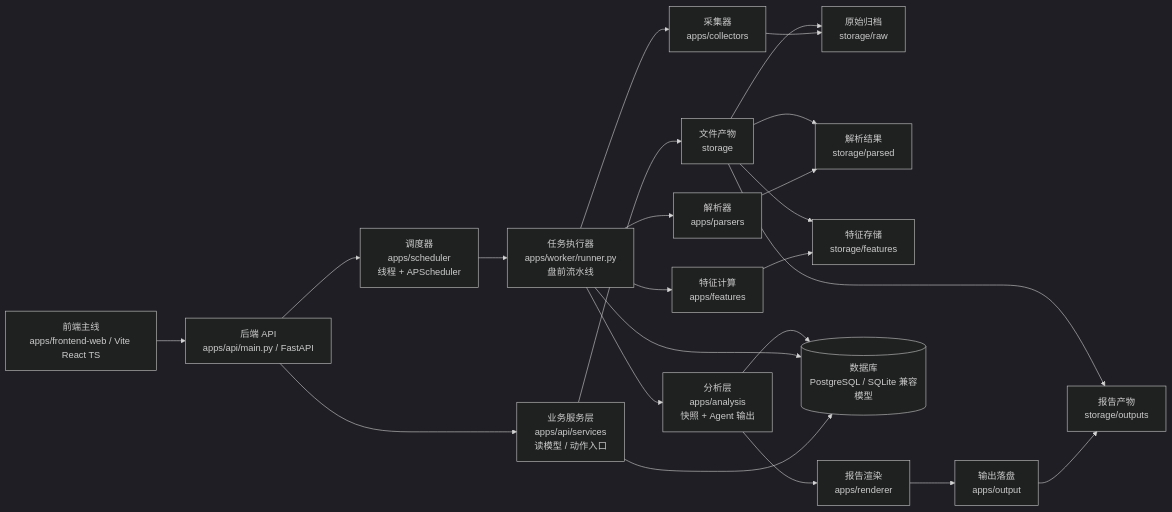
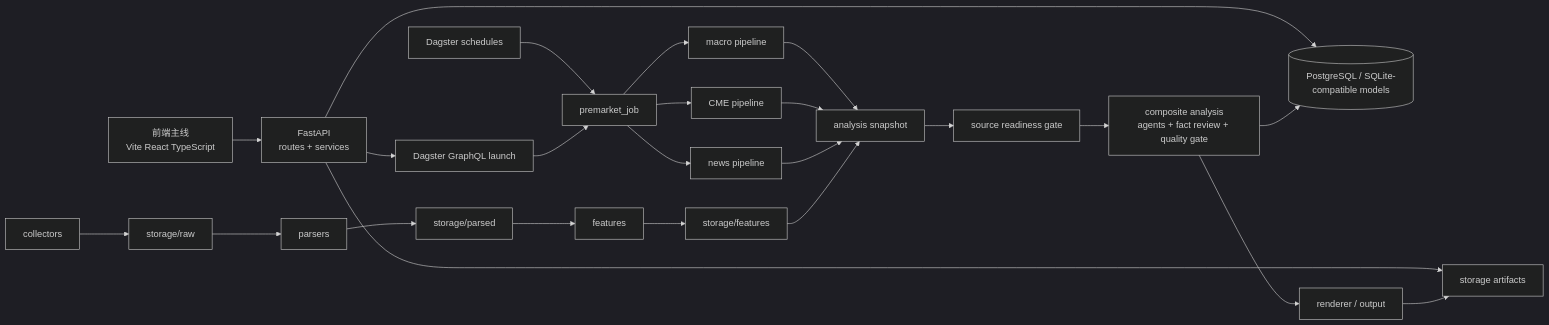
One commit to zhangxinxixx/finance-agent changed the diagram in docs/diagrams/system-architecture.mmd. Above: the diagram before and after it, drawn with Mermaid (dark theme). The commit also changed 562 other files, not shown here.

Commit message:
fix: enforce accepted analysis outputs

```diff
--- a/docs/diagrams/system-architecture.mmd
+++ b/docs/diagrams/system-architecture.mmd
@@ -1,25 +1,26 @@
 flowchart LR
-  Frontend["前端主线<br/>apps/frontend-web / Vite React TS"] --> API["后端 API<br/>apps/api/main.py / FastAPI"]
-  API --> Services["业务服务层<br/>apps/api/services<br/>读模型 / 动作入口"]
-  API --> Scheduler["调度器<br/>apps/scheduler<br/>线程 + APScheduler"]
-  Scheduler --> Worker["任务执行器<br/>apps/worker/runner.py<br/>盘前流水线"]
+  Frontend["前端主线<br/>Vite React TypeScript"] --> API["FastAPI<br/>routes + services"]
+  API --> DB[("PostgreSQL / SQLite-compatible models")]
+  API --> Storage["storage artifacts"]
+  API --> Launch["Dagster GraphQL launch"]
 
-  Worker --> Collectors["采集器<br/>apps/collectors"]
-  Collectors --> Raw["原始归档<br/>storage/raw"]
-  Worker --> Parsers["解析器<br/>apps/parsers"]
-  Parsers --> Parsed["解析结果<br/>storage/parsed"]
-  Worker --> Features["特征计算<br/>apps/features"]
-  Features --> FeatureStore["特征存储<br/>storage/features"]
-  Worker --> Analysis["分析层<br/>apps/analysis<br/>快照 + Agent 输出"]
-  Analysis --> Renderer["报告渲染<br/>apps/renderer"]
-  Renderer --> Output["输出落盘<br/>apps/output"]
-  Output --> Outputs["报告产物<br/>storage/outputs"]
+  Schedule["Dagster schedules"] --> Job["premarket_job"]
+  Launch --> Job
+  Job --> Macro["macro pipeline"]
+  Job --> CME["CME pipeline"]
+  Job --> News["news pipeline"]
+  Macro --> Snapshot["analysis snapshot"]
+  CME --> Snapshot
+  News --> Snapshot
+  Snapshot --> Gate["source readiness gate"]
+  Gate --> Analysis["composite analysis<br/>agents + fact review + quality gate"]
+  Analysis --> Renderer["renderer / output"]
+  Renderer --> Storage
+  Analysis --> DB
 
-  Services --> DB[(数据库<br/>PostgreSQL / SQLite 兼容模型)]
-  Worker --> DB
-  Analysis --> DB
-  Services --> Storage["文件产物<br/>storage"]
-  Storage --> Raw
-  Storage --> Parsed
-  Storage --> FeatureStore
-  Storage --> Outputs
+  Collectors["collectors"] --> Raw["storage/raw"]
+  Raw --> Parsers["parsers"]
+  Parsers --> Parsed["storage/parsed"]
+  Parsed --> Features["features"]
+  Features --> FeatureStore["storage/features"]
+  FeatureStore --> Snapshot
```
